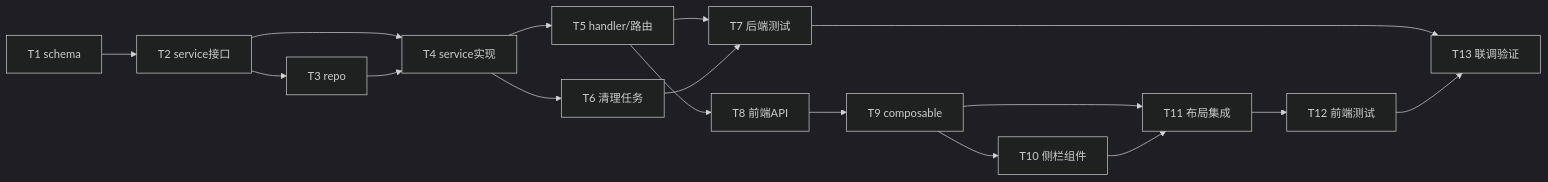
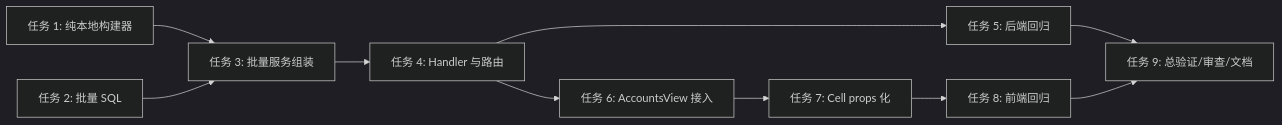
One commit to VCnoC/sub2api changed the second of 2 diagrams in plan.md. Above: the diagram before and after it, drawn with Mermaid (dark theme). The commit also changed other lines of this file and 71 other files, not shown here.

````diff
--- a/plan.md
+++ b/plan.md
@@ -213,19 +216,12 @@
 ```mermaid
 flowchart LR
-    T1[T1 schema] --> T2[T2 service接口]
-    T2 --> T3[T3 repo]
-    T2 --> T4[T4 service实现]
-    T3 --> T4
-    T4 --> T5[T5 handler/路由]
-    T4 --> T6[T6 清理任务]
-    T5 --> T7[T7 后端测试]
-    T6 --> T7
-    T5 --> T8[T8 前端API]
-    T8 --> T9[T9 composable]
-    T9 --> T10[T10 侧栏组件]
-    T9 --> T11[T11 布局集成]
-    T10 --> T11
-    T11 --> T12[T12 前端测试]
-    T7 --> T13[T13 联调验证]
-    T12 --> T13
+    T1["任务 1: 纯本地构建器"] --> T3["任务 3: 批量服务组装"]
+    T2["任务 2: 批量 SQL"] --> T3
+    T3 --> T4["任务 4: Handler 与路由"]
+    T4 --> T5["任务 5: 后端回归"]
+    T4 --> T6["任务 6: AccountsView 接入"]
+    T6 --> T7["任务 7: Cell props 化"]
+    T7 --> T8["任务 8: 前端回归"]
+    T5 --> T9["任务 9: 总验证/审查/文档"]
+    T8 --> T9
 ```
````
